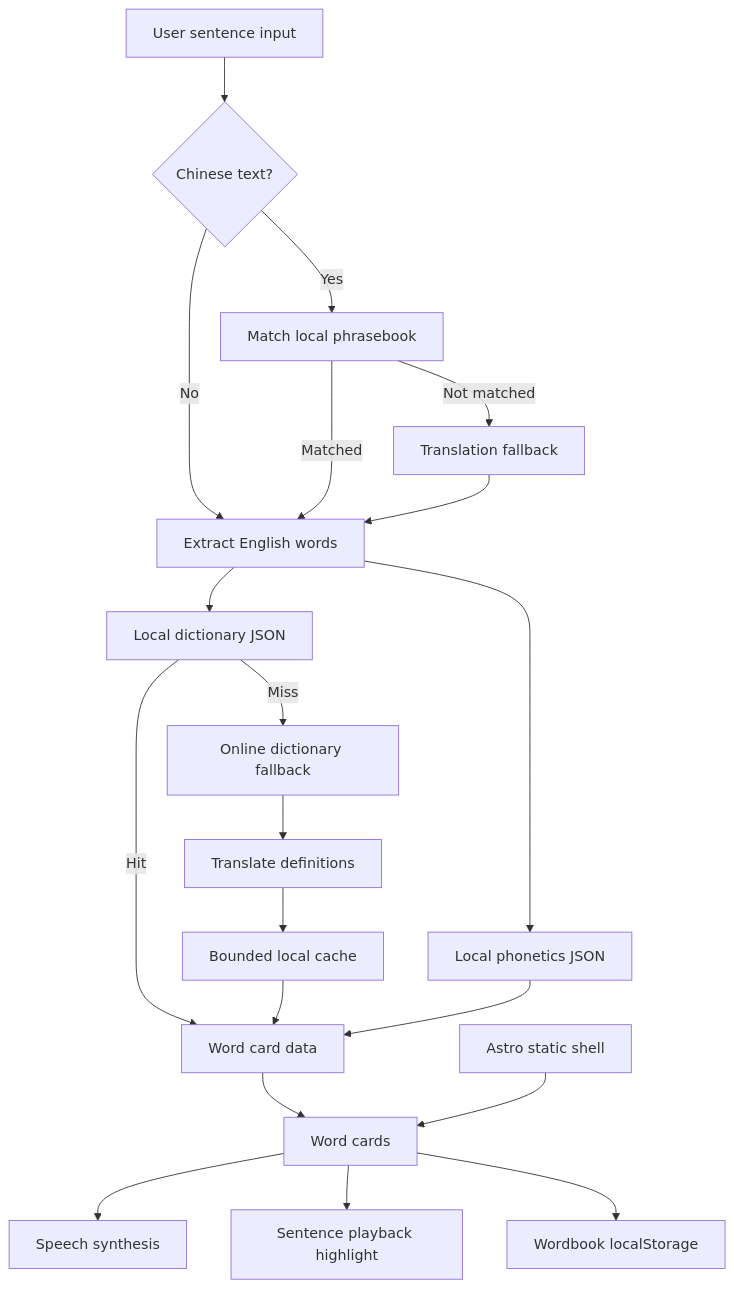
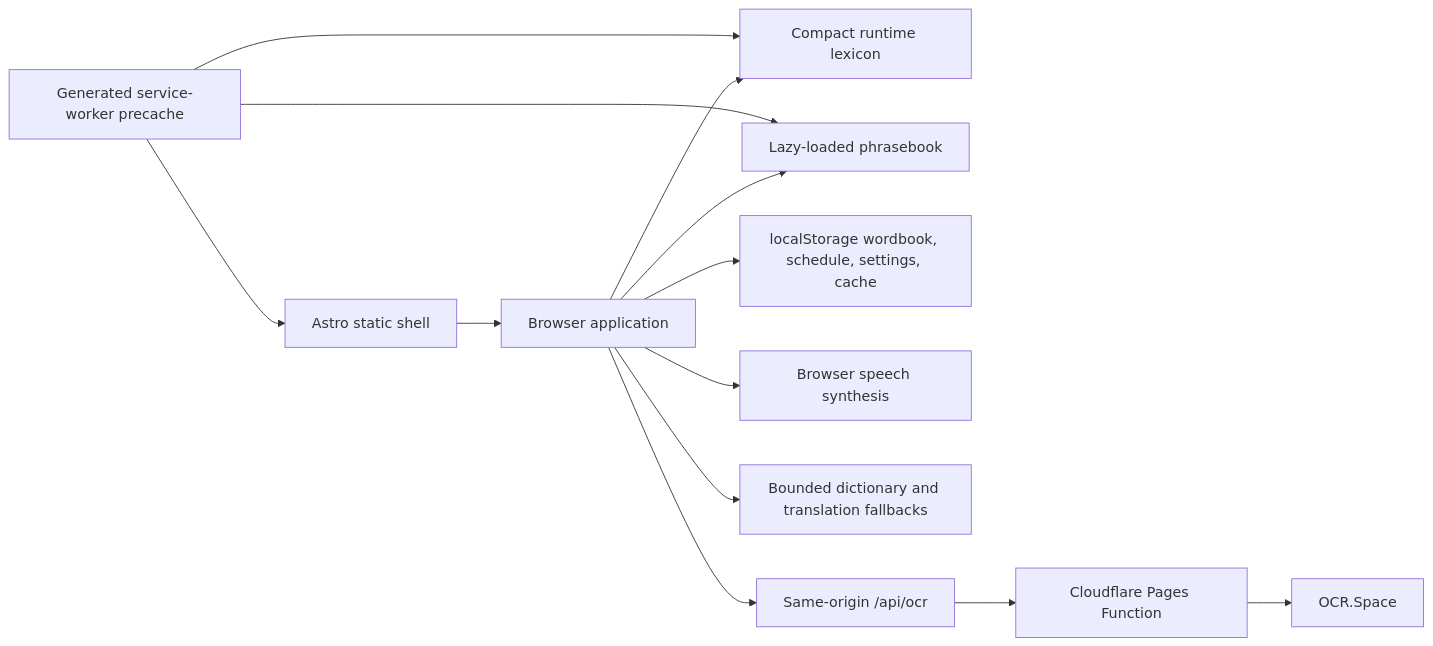
The diagram in README.md (VeteranXYZ/LuciaDictionary), drawn with Mermaid before and after one commit. The commit also changed other lines of this file and 83 other files, not shown here.

````diff
--- a/README.md
+++ b/README.md
@@ -38,22 +17,15 @@
 ```mermaid
-flowchart TD
-  A[User sentence input] --> B{Chinese text?}
-  B -->|No| C[Extract English words]
-  B -->|Yes| D[Match local phrasebook]
-  D -->|Matched| C
-  D -->|Not matched| E[Translation fallback]
-  E --> C
-  C --> F[Local dictionary JSON]
-  C --> P[Local phonetics JSON]
-  F -->|Hit| G[Word card data]
-  F -->|Miss| H[Online dictionary fallback]
-  H --> I[Translate definitions]
-  I --> J[Bounded local cache]
-  J --> G
-  P --> G
-  G --> K[Word cards]
-  K --> L[Speech synthesis]
-  K --> M[Sentence playback highlight]
-  K --> N[Wordbook localStorage]
-  O[Astro static shell] --> K
+flowchart LR
+  A["Astro static shell"] --> B["Browser application"]
+  B --> C["Compact runtime lexicon"]
+  B --> D["Lazy-loaded phrasebook"]
+  B --> E["localStorage wordbook, schedule, settings, cache"]
+  B --> F["Browser speech synthesis"]
+  B --> G["Bounded dictionary and translation fallbacks"]
+  B --> H["Same-origin /api/ocr"]
+  H --> I["Cloudflare Pages Function"]
+  I --> J["OCR.Space"]
+  K["Generated service-worker precache"] --> A
+  K --> C
+  K --> D
 ```
````
